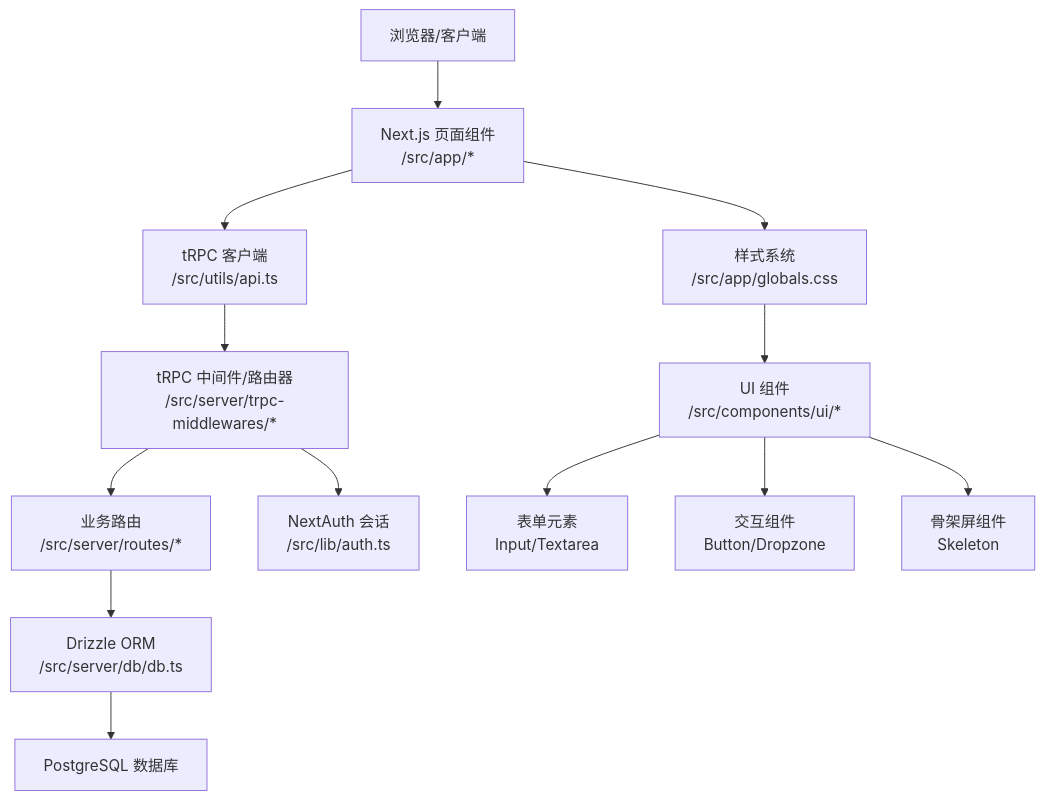
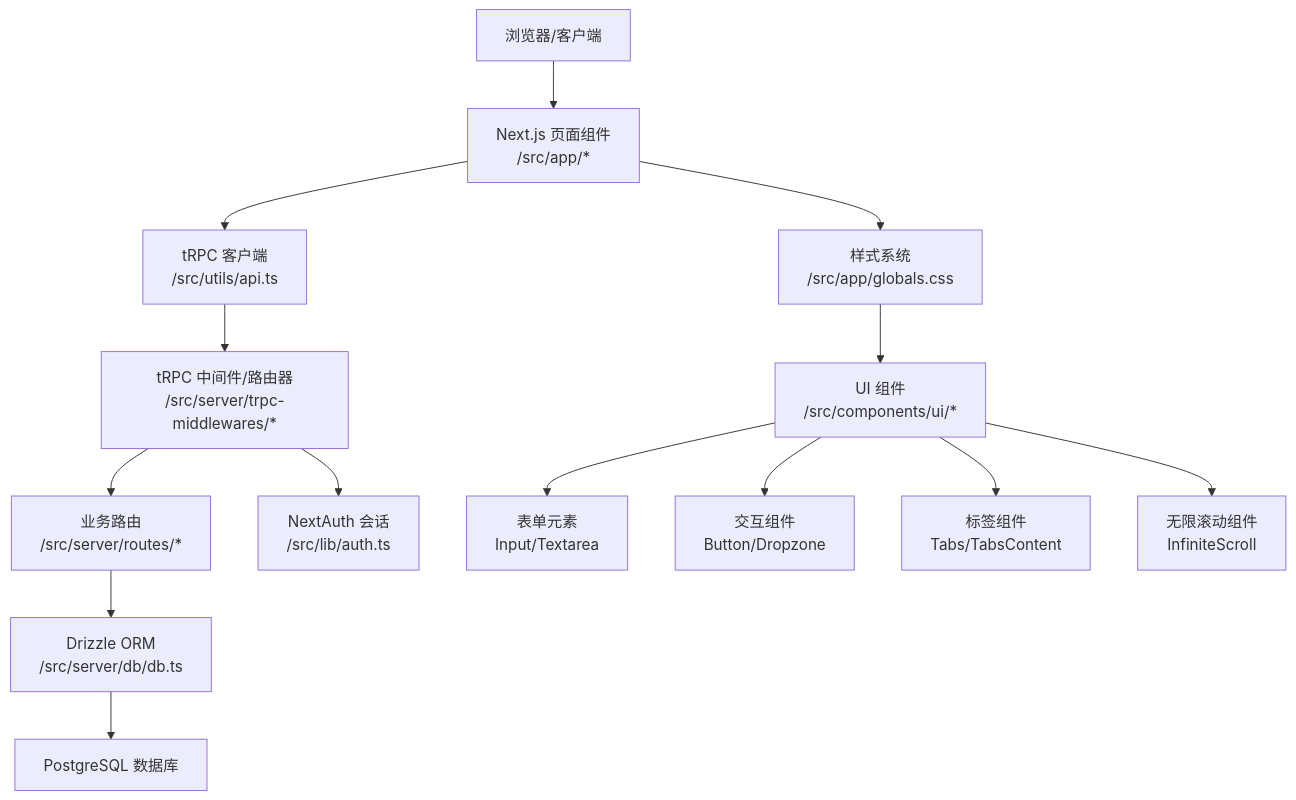
The second of 12 diagrams in .qoder/repowiki/zh/content/核心功能模块/应用管理系统.md (RadiumAg/image-saas), drawn with Mermaid before and after one commit. The commit also changed other lines of this file and 3 other files, not shown here.

````diff
--- a/.qoder/repowiki/zh/content/核心功能模块/应用管理系统.md
+++ b/.qoder/repowiki/zh/content/核心功能模块/应用管理系统.md
@@ -171,15 +186,16 @@
 ```mermaid
 graph TB
 Client["浏览器/客户端"] --> UI["Next.js 页面组件<br/>/src/app/*"]
 UI --> TClient["tRPC 客户端<br/>/src/utils/api.ts"]
 TClient --> TRPCMW["tRPC 中间件/路由器<br/>/src/server/trpc-middlewares/*"]
 TRPCMW --> Routes["业务路由<br/>/src/server/routes/*"]
 Routes --> DB["Drizzle ORM<br/>/src/server/db/db.ts"]
 DB --> PG["PostgreSQL 数据库"]
 TRPCMW --> Auth["NextAuth 会话<br/>/src/lib/auth.ts"]
 UI --> Styles["样式系统<br/>/src/app/globals.css"]
 Styles --> Components["UI 组件<br/>/src/components/ui/*"]
 Components --> FormElements["表单元素<br/>Input/Textarea"]
 Components --> Interaction["交互组件<br/>Button/Dropzone"]
-Components --> Skeleton["骨架屏组件<br/>Skeleton"]
+Components --> Tabs["标签组件<br/>Tabs/TabsContent"]
+Components --> InfiniteScroll["无限滚动组件<br/>InfiniteScroll"]
 ```
````
